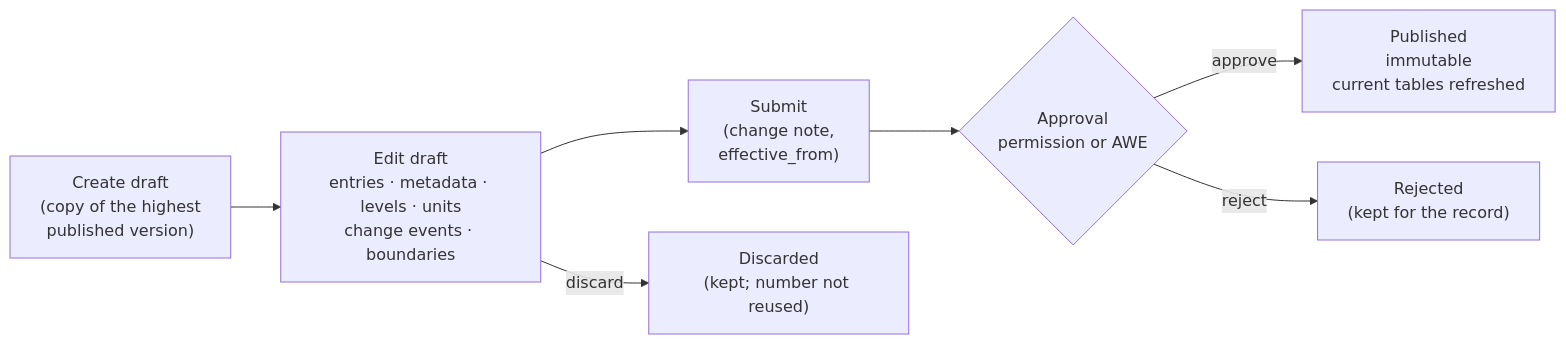
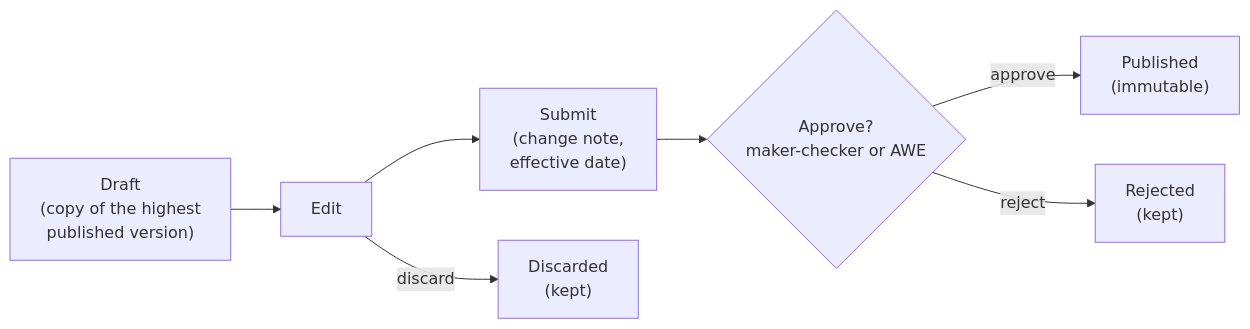
One commit to OpenG2P/openg2p-documentation changed the diagram in platform/platform-services/master-data-service/change-control.md. Above: the diagram before and after it, drawn with Mermaid. The commit also changed other lines of this file and 16 other files, not shown here.

````diff
--- a/platform/platform-services/master-data-service/change-control.md
+++ b/platform/platform-services/master-data-service/change-control.md
@@ -13,9 +13,9 @@
 ```mermaid
 flowchart LR
-    A["Create draft<br/>(copy of the highest<br/>published version)"] --> B["Edit draft<br/>entries · metadata · levels · units<br/>change events · boundaries"]
-    B --> C["Submit<br/>(change note,<br/>effective_from)"]
-    C --> D{"Approval<br/>permission or AWE"}
-    D -->|approve| E["Published<br/>immutable<br/>current tables refreshed"]
-    D -->|reject| F["Rejected<br/>(kept for the record)"]
-    B -->|discard| G["Discarded<br/>(kept; number not reused)"]
+    A["Draft<br/>(copy of the highest<br/>published version)"] --> B["Edit"]
+    B --> C["Submit<br/>(change note,<br/>effective date)"]
+    C --> D{"Approve?<br/>maker-checker or AWE"}
+    D -->|approve| E["Published<br/>(immutable)"]
+    D -->|reject| F["Rejected<br/>(kept)"]
+    B -->|discard| G["Discarded<br/>(kept)"]
 ```
````
